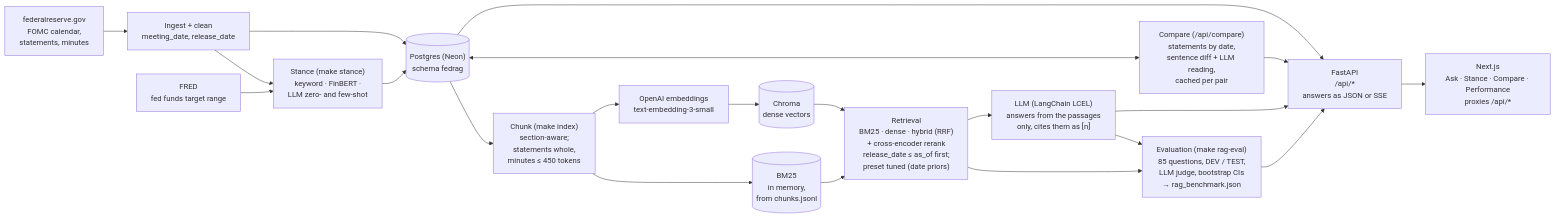
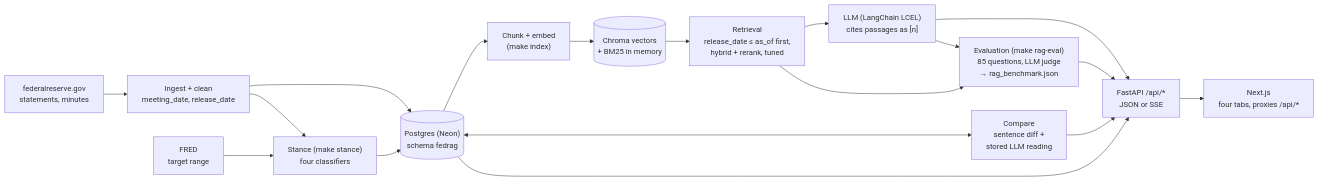
Before and after one commit to hoedongkim/fedrag: the diagram in docs/technical-report.md, drawn with Mermaid. The commit also changed other lines of this file and 3 other files, not shown here.

````diff
--- a/docs/technical-report.md
+++ b/docs/technical-report.md
@@ -738,28 +442,12 @@
 ```mermaid
 flowchart LR
-    fed["federalreserve.gov<br/>FOMC calendar,<br/>statements, minutes"]
-    ingest["Ingest + clean<br/>meeting_date, release_date"]
-    pg[("Postgres (Neon)<br/>schema fedrag")]
-    chunk["Chunk (make index)<br/>section-aware;<br/>statements whole,<br/>minutes ≤ 450 tokens"]
-    embed["OpenAI embeddings<br/>text-embedding-3-small"]
-    chroma[("Chroma<br/>dense vectors")]
-    bm25[("BM25<br/>in memory,<br/>from chunks.jsonl")]
-    retriever["Retrieval<br/>BM25 · dense · hybrid (RRF)<br/>+ cross-encoder rerank<br/>release_date ≤ as_of first;<br/>preset tuned (date priors)"]
-    llm["LLM (LangChain LCEL)<br/>answers from the passages<br/>only, cites them as [n]"]
-    api["FastAPI<br/>/api/*<br/>answers as JSON or SSE"]
-    web["Next.js<br/>Ask · Stance · Compare · Performance<br/>proxies /api/*"]
-    fredsrc["FRED<br/>fed funds target range"]
-    stance["Stance (make stance)<br/>keyword · FinBERT ·<br/>LLM zero- and few-shot"]
-    compare["Compare (/api/compare)<br/>statements by date,<br/>sentence diff + LLM reading,<br/>cached per pair"]
-    evaluation["Evaluation (make rag-eval)<br/>85 questions, DEV / TEST,<br/>LLM judge, bootstrap CIs<br/>→ rag_benchmark.json"]
-
-    fed --> ingest --> pg --> api
+    fed["federalreserve.gov<br/>statements, minutes"] --> ingest["Ingest + clean<br/>meeting_date, release_date"] --> pg[("Postgres (Neon)<br/>schema fedrag")]
+    fred["FRED<br/>target range"] --> stance["Stance (make stance)<br/>four classifiers"] --> pg
     ingest --> stance
-    fredsrc --> stance --> pg
-    pg <--> compare --> api
-    pg --> chunk --> embed --> chroma
-    chunk --> bm25
-    chroma & bm25 --> retriever
-    retriever --> llm --> api --> web
-    retriever & llm --> evaluation --> api
+    pg --> chunk["Chunk + embed<br/>(make index)"] --> stores[("Chroma vectors<br/>+ BM25 in memory")]
+    stores --> retriever["Retrieval<br/>release_date ≤ as_of first,<br/>hybrid + rerank, tuned"] --> llm["LLM (LangChain LCEL)<br/>cites passages as [n]"] --> api["FastAPI /api/*<br/>JSON or SSE"]
+    pg <--> compare["Compare<br/>sentence diff +<br/>stored LLM reading"] --> api
+    pg --> api
+    retriever & llm --> evaluation["Evaluation (make rag-eval)<br/>85 questions, LLM judge<br/>→ rag_benchmark.json"] --> api
+    api --> web["Next.js<br/>four tabs, proxies /api/*"]
 ```
````
